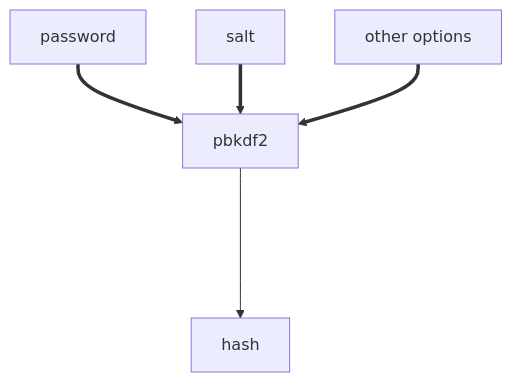
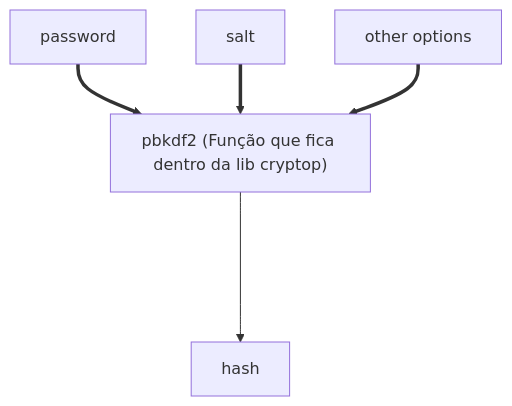
The diagram in nodejs-internal/b_node_module.md (YagoAyala/nodejs-studies), drawn with Mermaid before and after one commit. The commit also changed other lines of this file, not shown here.

Commit message:
feat: added image

````diff
--- a/nodejs-internal/b_node_module.md
+++ b/nodejs-internal/b_node_module.md
@@ -23,8 +22,8 @@
 ```mermaid
 graph TB
-    A[password] ==> D[pbkdf2];
-    B[salt] ==> D[pbkdf2];
-    C[other options] ==> D[pbkdf2];
+    A[password] ==> D["pbkdf2 (Função que fica dentro da lib cryptop)"];
+    B[salt] ==> D["pbkdf2 (Função que fica dentro da lib cryptop)"];
+    C[other options] ==> D["pbkdf2 (Função que fica dentro da lib cryptop)"];
 
     D ----> E[hash];
 ```
````
